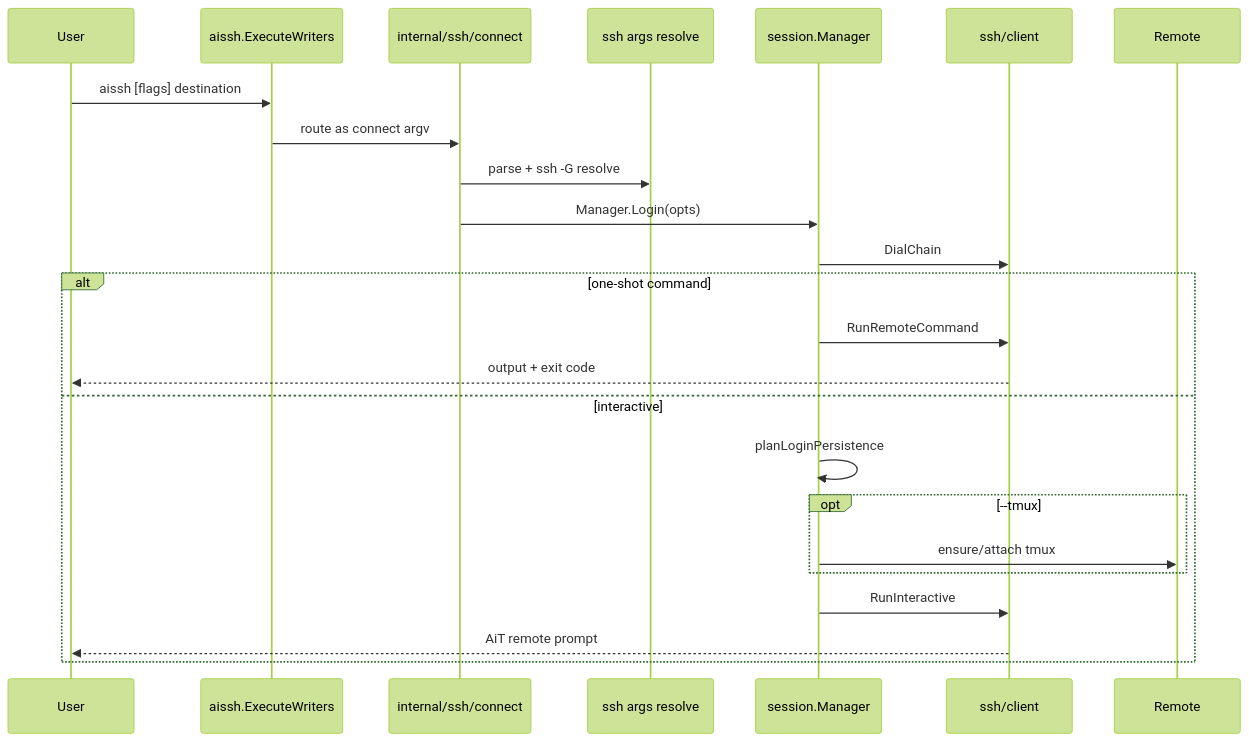
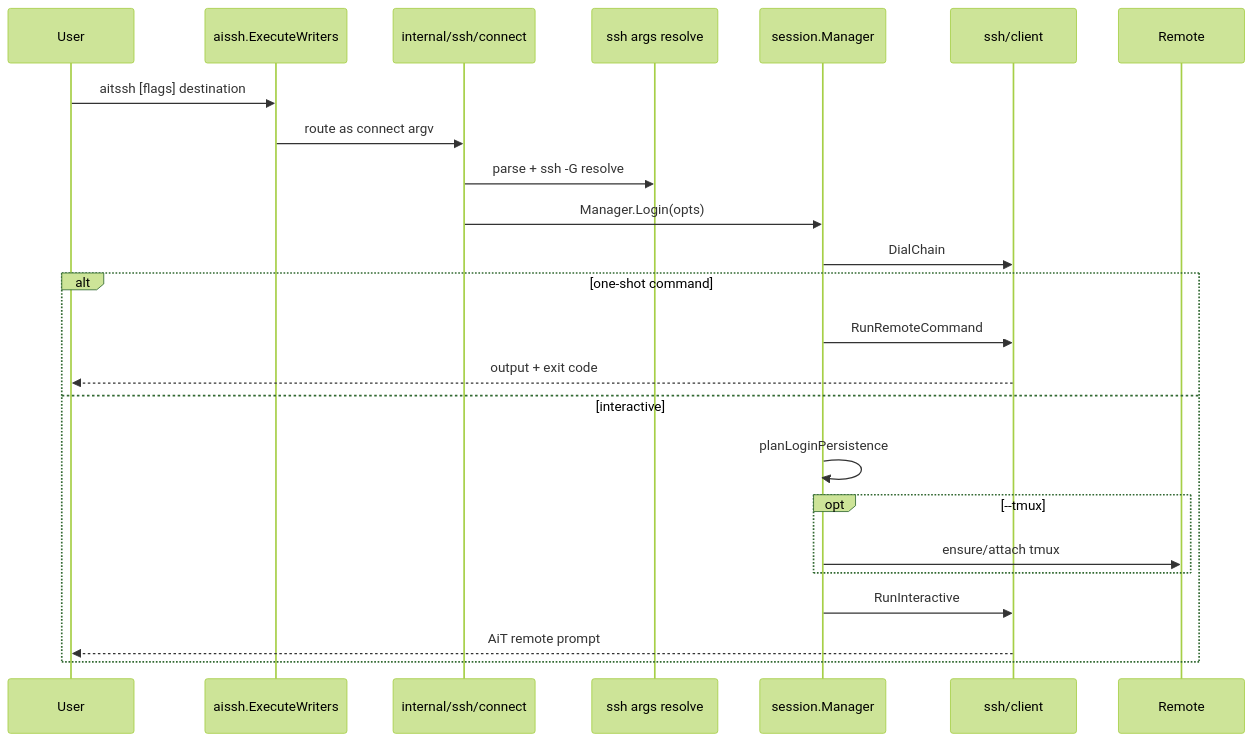
The second of 11 diagrams in docs/tools/aissh-internals.md (ylgeeker/AiT), drawn with Mermaid (forest theme) before and after one commit. The commit also changed other lines of this file and 105 other files, not shown here.

First line of the commit message:
docs: point guides and CLI hints at ait agent and aitssh

````diff
--- a/docs/tools/aissh-internals.md
+++ b/docs/tools/aissh-internals.md
@@ -285,27 +287,27 @@
 ```mermaid
 sequenceDiagram
   participant User
   participant CLI as aissh.ExecuteWriters
   participant Connect as internal/ssh/connect
   participant Resolve as ssh args resolve
   participant Mgr as session.Manager
   participant Client as ssh/client
   participant Remote
 
-  User->>CLI: aissh [flags] destination
+  User->>CLI: aitssh [flags] destination
   CLI->>Connect: route as connect argv
   Connect->>Resolve: parse + ssh -G resolve
   Connect->>Mgr: Manager.Login(opts)
   Mgr->>Client: DialChain
   alt one-shot command
     Mgr->>Client: RunRemoteCommand
     Client-->>User: output + exit code
   else interactive
     Mgr->>Mgr: planLoginPersistence
     opt --tmux
       Mgr->>Remote: ensure/attach tmux
     end
     Mgr->>Client: RunInteractive
     Client-->>User: AiT remote prompt
   end
 ```
````
